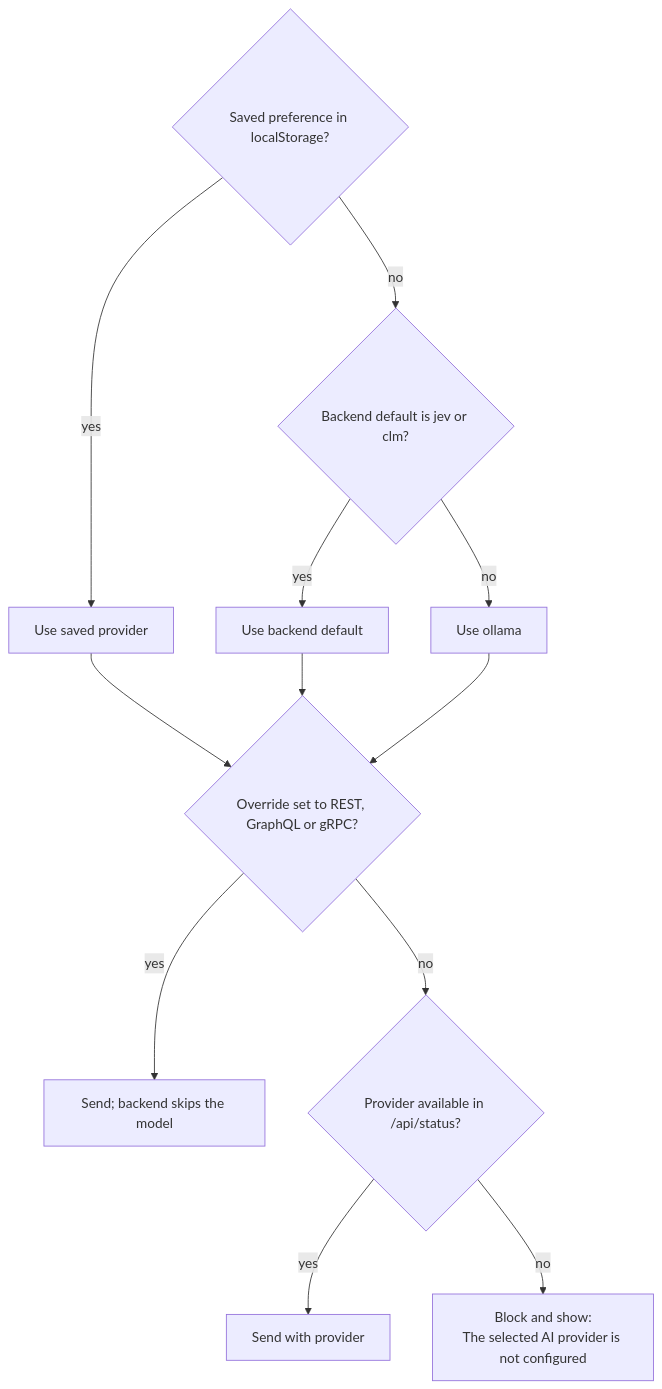
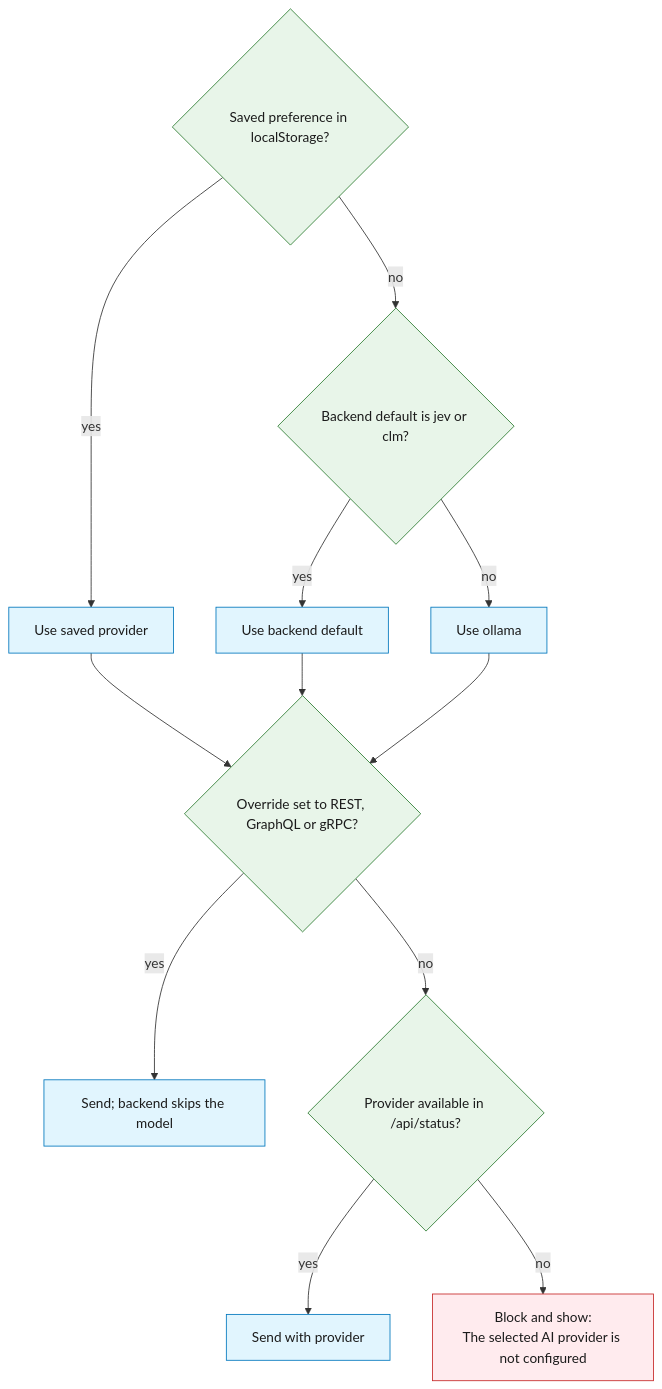
The seventh of 7 diagrams in docs/study-guide-frontend.md (spietrek-insight/rest-graphql-grpc-ai-routing), drawn with Mermaid before and after one commit. The commit also changed other lines of this file and 2 other files, not shown here.

````diff
--- a/docs/study-guide-frontend.md
+++ b/docs/study-guide-frontend.md
@@ -227,14 +978,20 @@
 ```mermaid
 flowchart TD
     A{"Saved preference in localStorage?"} -- yes --> P["Use saved provider"]
     A -- no --> B{"Backend default is jev or clm?"}
     B -- yes --> D["Use backend default"]
     B -- no --> O["Use ollama"]
     P --> C{"Override set to REST, GraphQL or gRPC?"}
     D --> C
     O --> C
     C -- yes --> S["Send; backend skips the model"]
     C -- no --> V{"Provider available in /api/status?"}
     V -- yes --> S2["Send with provider"]
     V -- no --> E["Block and show:<br/>The selected AI provider is not configured"]
+    classDef domain fill:#e8f5e9,stroke:#2e7d32,color:#1b1b1b
+    classDef runtime fill:#e1f5fe,stroke:#0277bd,color:#1b1b1b
+    classDef sec fill:#ffebee,stroke:#c62828,color:#1b1b1b
+    class A,B,C,V domain
+    class P,D,O,S,S2 runtime
+    class E sec
 ```
````
